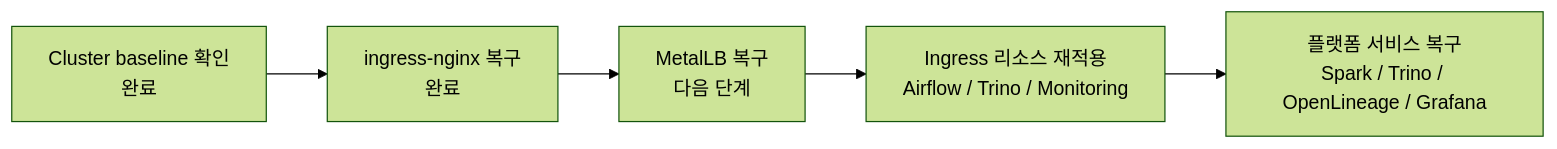
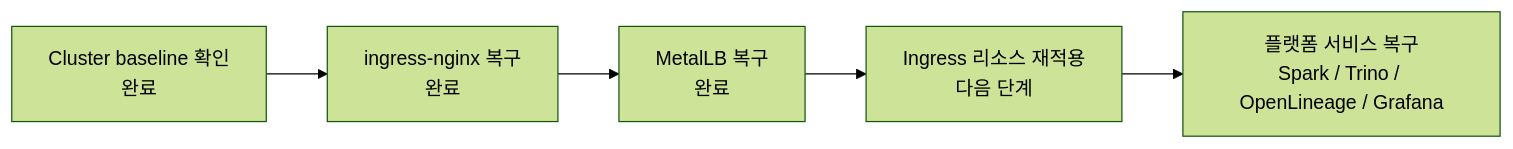
One commit to Seungyeup/RETrend changed the second of 2 diagrams in docs/infra_overview.md. Above: the diagram before and after it, drawn with Mermaid (forest theme). The commit also changed other lines of this file, not shown here.

First line of the commit message:
Update infra overview with MetalLB layer

````diff
--- a/docs/infra_overview.md
+++ b/docs/infra_overview.md
@@ -62,7 +66,7 @@
 ```mermaid
 flowchart LR
   A[Cluster baseline 확인\n완료] --> B[ingress-nginx 복구\n완료]
-  B --> C[MetalLB 복구\n다음 단계]
-  C --> D[Ingress 리소스 재적용\nAirflow / Trino / Monitoring]
+  B --> C[MetalLB 복구\n완료]
+  C --> D[Ingress 리소스 재적용\n다음 단계]
   D --> E[플랫폼 서비스 복구\nSpark / Trino / OpenLineage / Grafana]
 ```
````
